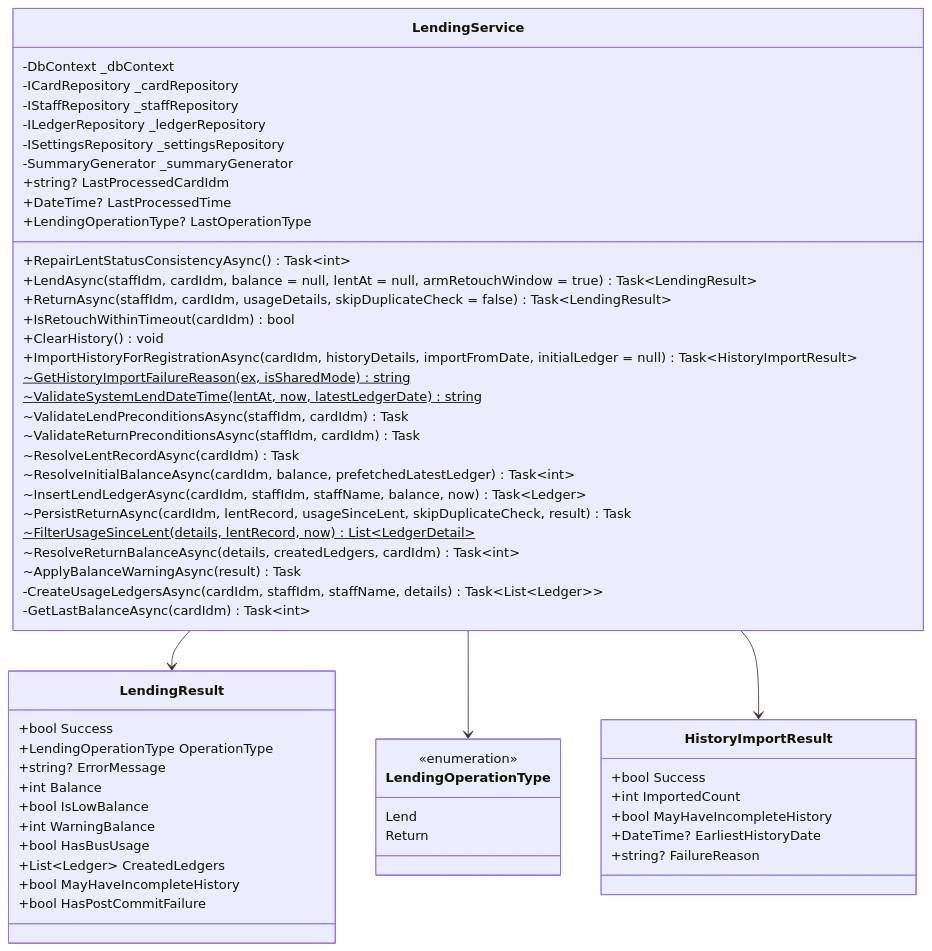
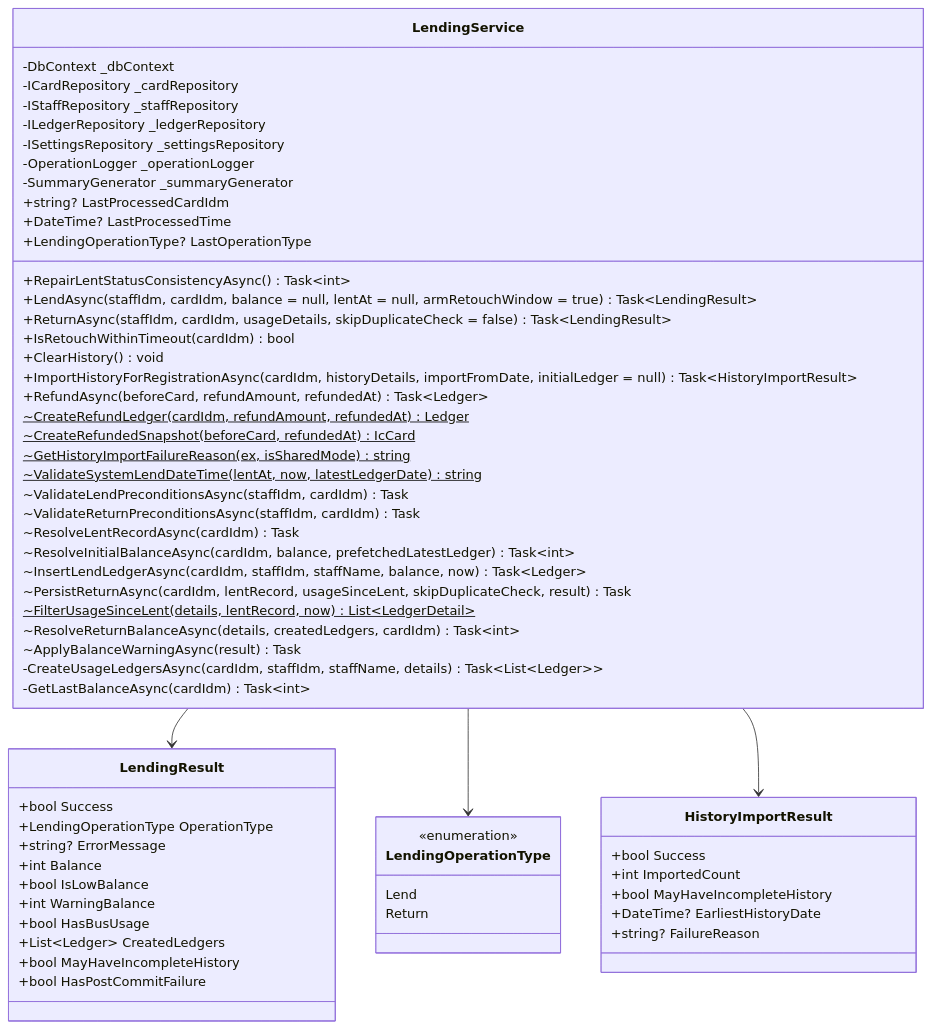
The fifth of 53 diagrams in ICCardManager/docs/design/05_クラス設計書.md (kuwayamamasayuki/ICCardManager), drawn with Mermaid before and after one commit. The commit also changed other lines of this file and 34 other files, not shown here.

````diff
--- a/ICCardManager/docs/design/05_クラス設計書.md
+++ b/ICCardManager/docs/design/05_クラス設計書.md
@@ -522,64 +522,68 @@
 ```mermaid
 classDiagram
     class LendingService {
         -DbContext _dbContext
         -ICardRepository _cardRepository
         -IStaffRepository _staffRepository
         -ILedgerRepository _ledgerRepository
         -ISettingsRepository _settingsRepository
+        -OperationLogger _operationLogger
         -SummaryGenerator _summaryGenerator
         +string? LastProcessedCardIdm
         +DateTime? LastProcessedTime
         +LendingOperationType? LastOperationType
         +RepairLentStatusConsistencyAsync() Task~int~
         +LendAsync(staffIdm, cardIdm, balance = null, lentAt = null, armRetouchWindow = true) Task~LendingResult~
         +ReturnAsync(staffIdm, cardIdm, usageDetails, skipDuplicateCheck = false) Task~LendingResult~
         +IsRetouchWithinTimeout(cardIdm) bool
         +ClearHistory() void
         +ImportHistoryForRegistrationAsync(cardIdm, historyDetails, importFromDate, initialLedger = null) Task~HistoryImportResult~
+        +RefundAsync(beforeCard, refundAmount, refundedAt) Task~Ledger~
+        ~CreateRefundLedger(cardIdm, refundAmount, refundedAt)$ Ledger
+        ~CreateRefundedSnapshot(beforeCard, refundedAt)$ IcCard
         ~GetHistoryImportFailureReason(ex, isSharedMode)$ string
         ~ValidateSystemLendDateTime(lentAt, now, latestLedgerDate)$ string
         ~ValidateLendPreconditionsAsync(staffIdm, cardIdm) Task
         ~ValidateReturnPreconditionsAsync(staffIdm, cardIdm) Task
         ~ResolveLentRecordAsync(cardIdm) Task
         ~ResolveInitialBalanceAsync(cardIdm, balance, prefetchedLatestLedger) Task~int~
         ~InsertLendLedgerAsync(cardIdm, staffIdm, staffName, balance, now) Task~Ledger~
         ~PersistReturnAsync(cardIdm, lentRecord, usageSinceLent, skipDuplicateCheck, result) Task
         ~FilterUsageSinceLent(details, lentRecord, now)$ List~LedgerDetail~
         ~ResolveReturnBalanceAsync(details, createdLedgers, cardIdm) Task~int~
         ~ApplyBalanceWarningAsync(result) Task
         -CreateUsageLedgersAsync(cardIdm, staffIdm, staffName, details) Task~List~Ledger~~
         -GetLastBalanceAsync(cardIdm) Task~int~
     }
 
     class LendingResult {
         +bool Success
         +LendingOperationType OperationType
         +string? ErrorMessage
         +int Balance
         +bool IsLowBalance
         +int WarningBalance
         +bool HasBusUsage
         +List~Ledger~ CreatedLedgers
         +bool MayHaveIncompleteHistory
         +bool HasPostCommitFailure
     }
 
     class LendingOperationType {
         <<enumeration>>
         Lend
         Return
     }
 
     class HistoryImportResult {
         +bool Success
         +int ImportedCount
         +bool MayHaveIncompleteHistory
         +DateTime? EarliestHistoryDate
         +string? FailureReason
     }
 
     LendingService --> LendingResult
     LendingService --> LendingOperationType
     LendingService --> HistoryImportResult
 ```
````
